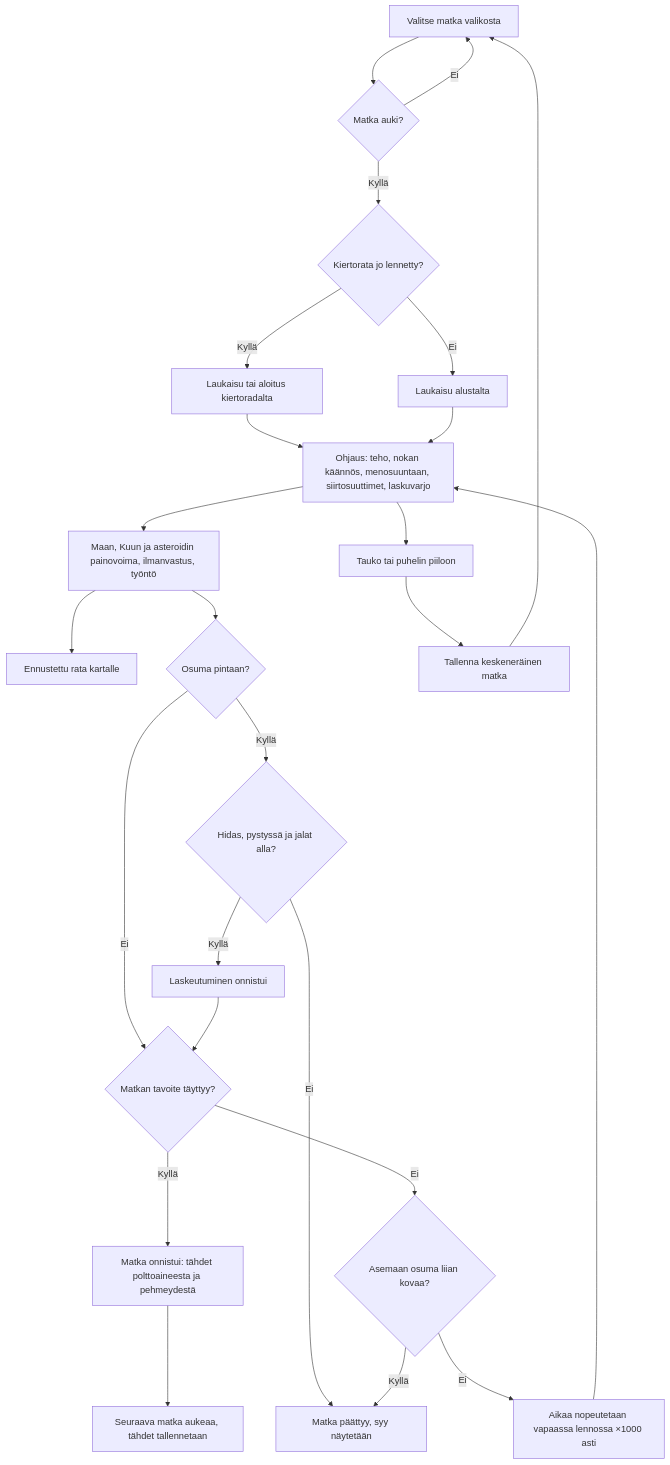
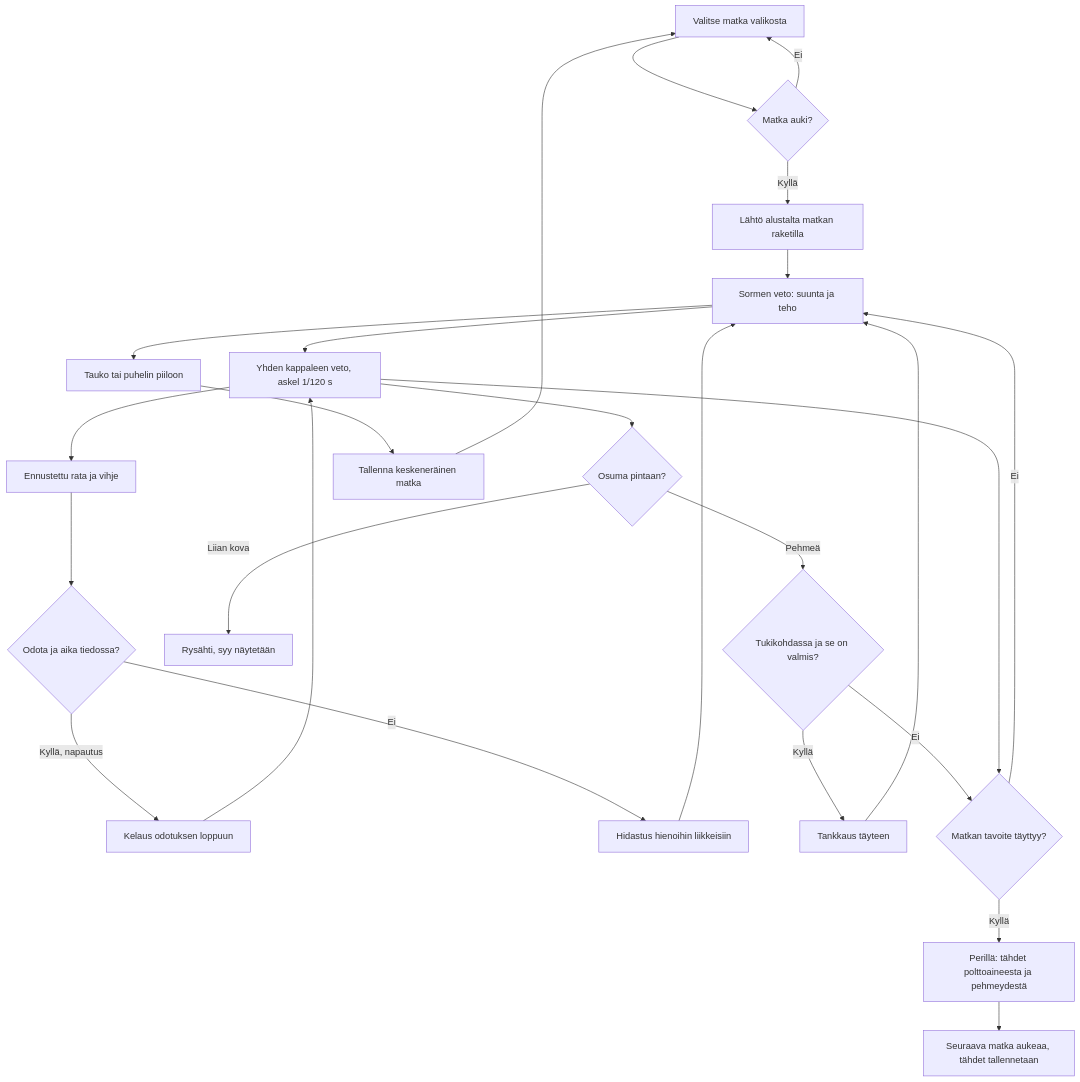
Before and after one commit to eerovil/ai-pelit: the diagram in docs/diagrams/raketti.md, drawn with Mermaid. The commit also changed other lines of this file and 3 other files, not shown here.

````diff
--- a/docs/diagrams/raketti.md
+++ b/docs/diagrams/raketti.md
@@ -5,33 +5,33 @@
 ```mermaid
 flowchart TD
     A[Valitse matka valikosta] --> B{Matka auki?}
     B -- Ei --> A
-    B -- Kyllä --> C{Kiertorata jo lennetty?}
-    C -- Kyllä --> D[Laukaisu tai aloitus kiertoradalta]
-    C -- Ei --> E[Laukaisu alustalta]
-    D --> F[Ohjaus: teho, nokan käännös, menosuuntaan, siirtosuuttimet, laskuvarjo]
-    E --> F
-    F --> G[Maan, Kuun ja asteroidin painovoima, ilmanvastus, työntö]
-    G --> H[Ennustettu rata kartalle]
-    G --> I{Osuma pintaan?}
-    I -- Kyllä --> J{Hidas, pystyssä ja jalat alla?}
-    J -- Kyllä --> K[Laskeutuminen onnistui]
-    J -- Ei --> X[Matka päättyy, syy näytetään]
-    I -- Ei --> L{Matkan tavoite täyttyy?}
-    K --> L
-    L -- Kyllä --> M[Matka onnistui: tähdet polttoaineesta ja pehmeydestä]
-    M --> N[Seuraava matka aukeaa, tähdet tallennetaan]
-    L -- Ei --> O{Asemaan osuma liian kovaa?}
-    O -- Kyllä --> X
-    O -- Ei --> P[Aikaa nopeutetaan vapaassa lennossa ×1000 asti]
-    P --> F
-    F --> Q[Tauko tai puhelin piiloon]
-    Q --> R[Tallenna keskeneräinen matka]
-    R --> A
-    class A,B,C,D,E blue
-    class F,Q violet
-    class G,H,P teal
-    class I,J,O,X rose
-    class K,L,M,N green
-    class R amber
+    B -- Kyllä --> C[Lähtö alustalta matkan raketilla]
+    C --> D[Sormen veto: suunta ja teho]
+    D --> E[Yhden kappaleen veto, askel 1/120 s]
+    E --> F[Ennustettu rata ja vihje]
+    F --> G{Odota ja aika tiedossa?}
+    G -- Kyllä, napautus --> H[Kelaus odotuksen loppuun]
+    H --> E
+    G -- Ei --> I[Hidastus hienoihin liikkeisiin]
+    I --> D
+    E --> J{Osuma pintaan?}
+    J -- Liian kova --> X[Rysähti, syy näytetään]
+    J -- Pehmeä --> K{Tukikohdassa ja se on valmis?}
+    K -- Kyllä --> L[Tankkaus täyteen]
+    L --> D
+    K -- Ei --> M{Matkan tavoite täyttyy?}
+    E --> M
+    M -- Ei --> D
+    M -- Kyllä --> N[Perillä: tähdet polttoaineesta ja pehmeydestä]
+    N --> O[Seuraava matka aukeaa, tähdet tallennetaan]
+    D --> P[Tauko tai puhelin piiloon]
+    P --> Q[Tallenna keskeneräinen matka]
+    Q --> A
+    class A,B,C blue
+    class D,P violet
+    class E,F,G,H,I teal
+    class J,X rose
+    class K,L,M,N,O green
+    class Q amber
 ```
````
